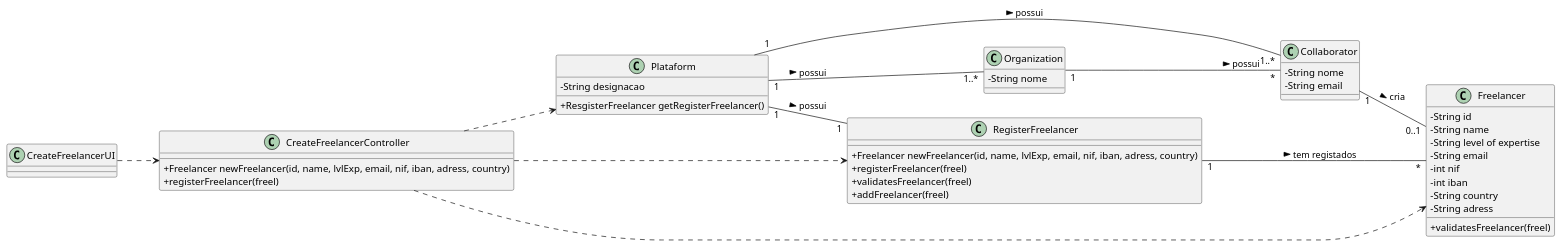
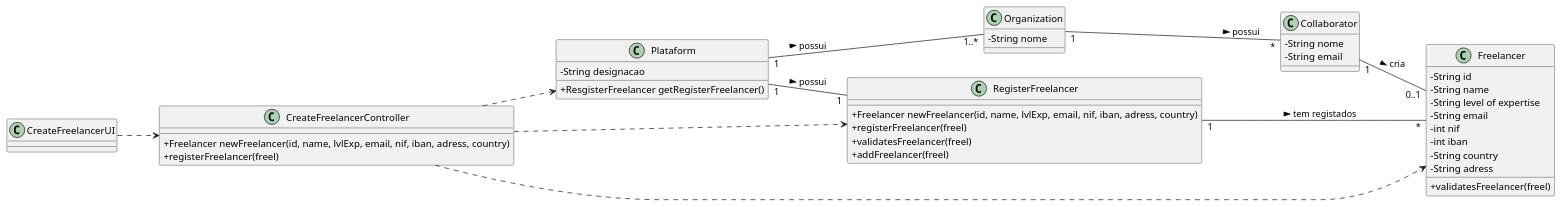
The diagram in docs/UC1 - Create Freelancer/UC1_CD.puml (pedrolemos4/LAPR2), drawn with PlantUML before and after one commit. The commit also changed 3 other files, not shown here.

```diff
--- a/docs/UC1 - Create Freelancer/UC1_CD.puml
+++ b/docs/UC1 - Create Freelancer/UC1_CD.puml
@@ -1,67 +1,66 @@
 @startuml
 skinparam classAttributeIconSize 0
 
 left to right direction
 
 class CreateFreelancerUI {
     
 }
 
 class CreateFreelancerController {
   +Freelancer newFreelancer(id, name, lvlExp, email, nif, iban, adress, country)
   +registerFreelancer(freel) 
 }
 
 class Plataform {
   -String designacao
   +ResgisterFreelancer getRegisterFreelancer()
 }
 
 class RegisterFreelancer {
   +Freelancer newFreelancer(id, name, lvlExp, email, nif, iban, adress, country)
   +registerFreelancer(freel)
   +validatesFreelancer(freel)
   +addFreelancer(freel)
   
 }
 
 class Freelancer {
   -String id
   -String name
   -String level of expertise
   -String email
   -int nif
   -int iban
   -String country
   -String adress
   +validatesFreelancer(freel)
 }
 
 class Collaborator {
   -String nome
   -String email
 }
 
 class Organization {
   -String nome 
 }
 
 
 
 Organization "1" -- "*" Collaborator : possui >
 
 Collaborator "1" -- "0..1" Freelancer : cria >
 
-Plataform "1" -- "1..*" Collaborator : possui >
 Plataform "1" -- "1..*" Organization : possui >
 Plataform "1" -- "1" RegisterFreelancer : possui >
 
 CreateFreelancerUI ..> CreateFreelancerController
 CreateFreelancerController ..> Plataform
 CreateFreelancerController ..> RegisterFreelancer
 CreateFreelancerController ..> Freelancer
 
 RegisterFreelancer "1" -- "*" Freelancer : tem registados >
 
 
 @enduml
```
